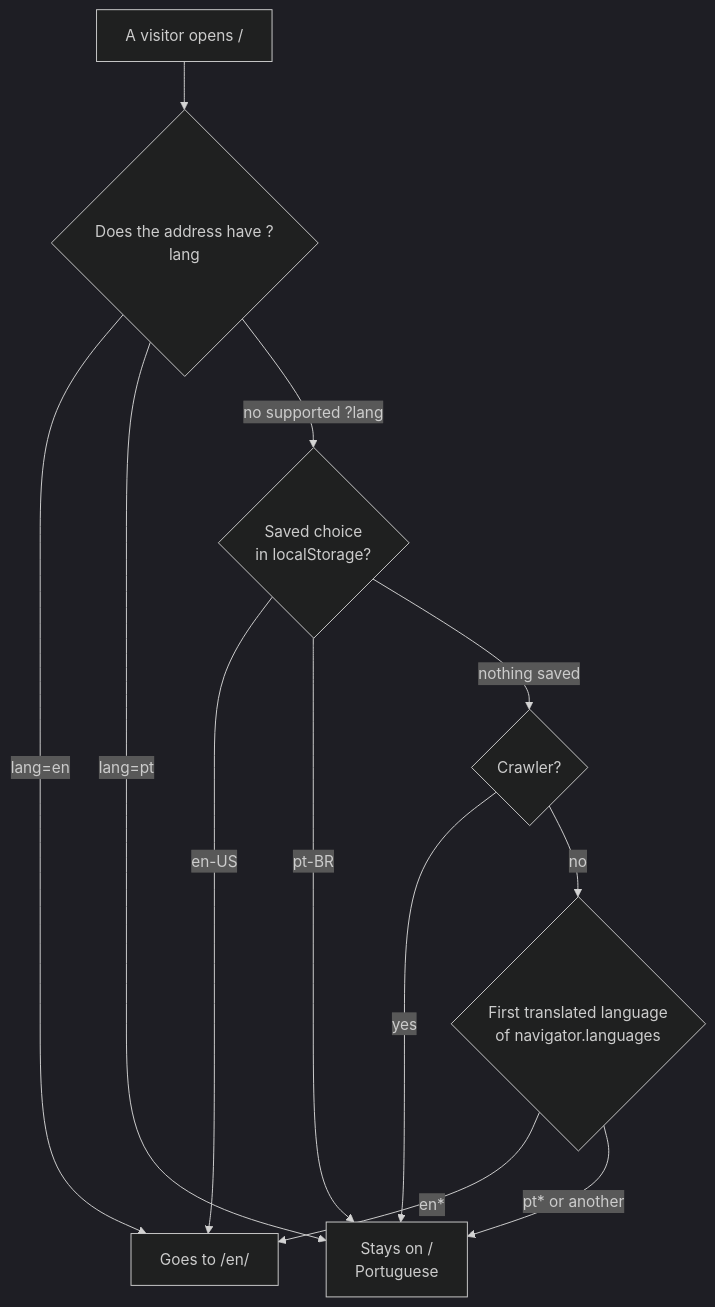
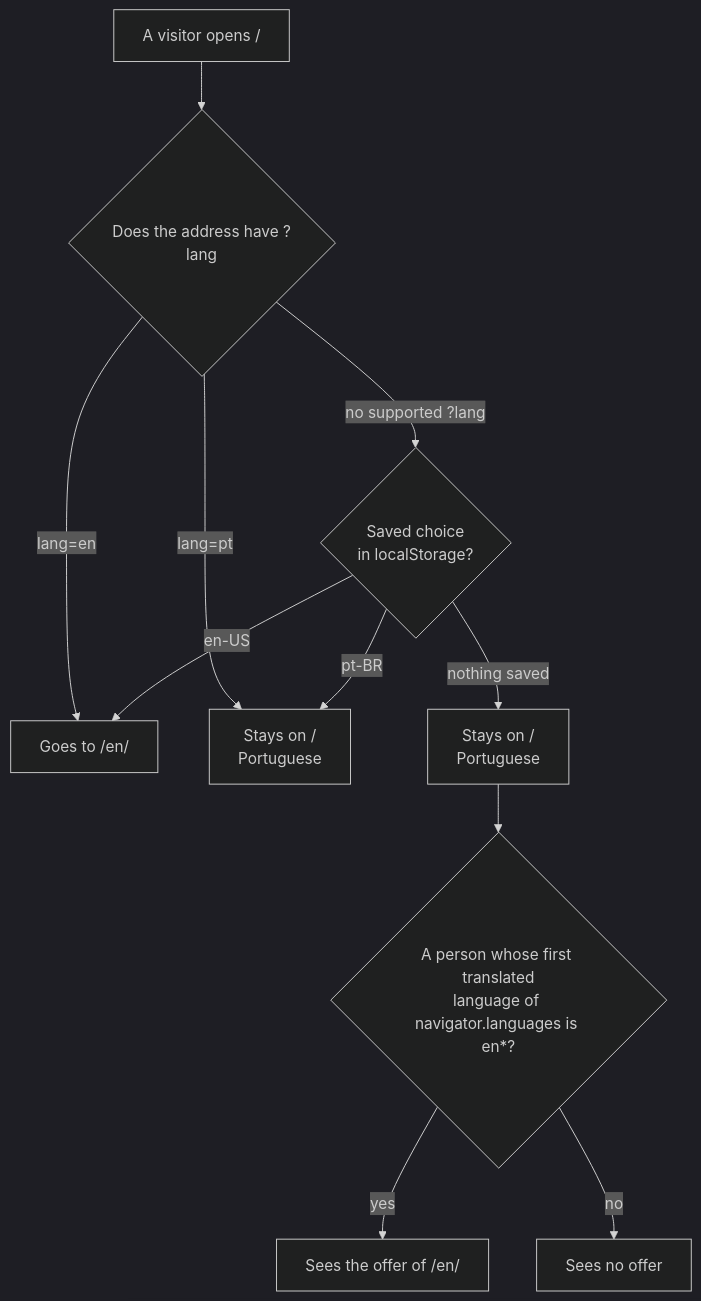
One commit to GustavoEklund/eklund.com.br changed the diagram in docs/internationalization.md. Above: the diagram before and after it, drawn with Mermaid (dark theme). The commit also changed other lines of this file and 30 other files, not shown here.

````diff
--- a/docs/internationalization.md
+++ b/docs/internationalization.md
@@ -16,14 +16,13 @@
 ```mermaid
 flowchart TD
   start["A visitor opens /"] --> query{"Does the address have ?lang"}
   query -->|"lang=en"| en["Goes to /en/"]
   query -->|"lang=pt"| pt["Stays on /<br/>Portuguese"]
   query -->|"no supported ?lang"| saved{"Saved choice<br/>in localStorage?"}
   saved -->|"en-US"| en
   saved -->|"pt-BR"| pt
-  saved -->|"nothing saved"| crawler{"Crawler?"}
-  crawler -->|yes| pt
-  crawler -->|no| browser{"First translated language<br/>of navigator.languages"}
-  browser -->|"en*"| en
-  browser -->|"pt* or another"| pt
+  saved -->|"nothing saved"| stay["Stays on /<br/>Portuguese"]
+  stay --> offer{"A person whose first translated<br/>language of navigator.languages is en*?"}
+  offer -->|yes| note["Sees the offer of /en/"]
+  offer -->|no| none["Sees no offer"]
 ```
````
